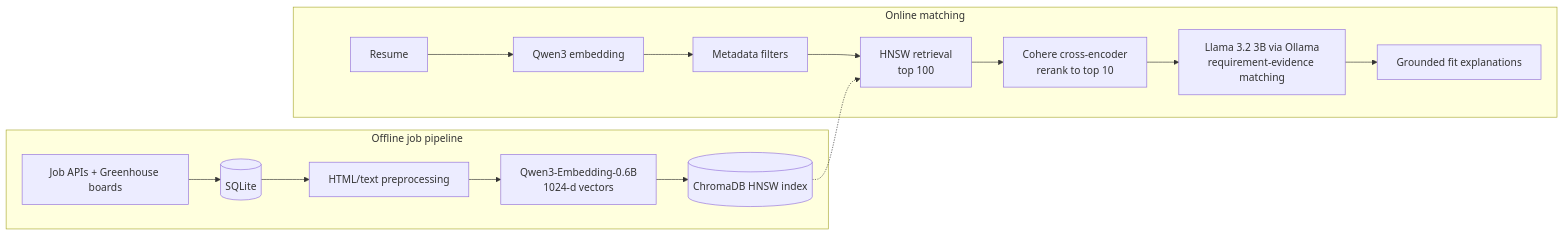
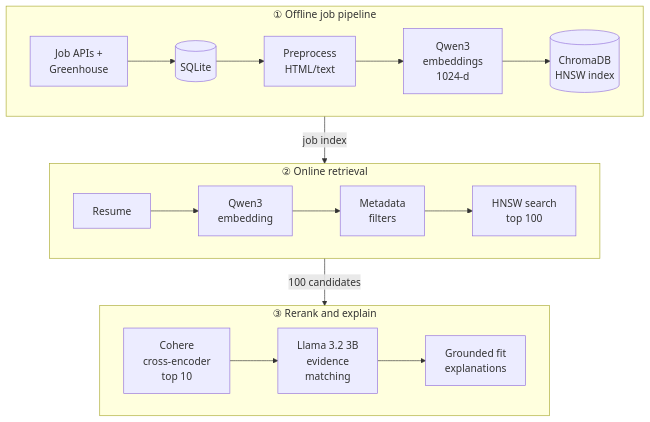
The diagram in README.md (eesha-charaya/Resume-Job-Matching-System), drawn with Mermaid before and after one commit.

Commit message:
README: stack architecture diagram vertically for readability
Claude-Session: https://claude.ai/code/session_01ShyaXvvJqfw7xVnWdgi9sP

````diff
--- a/README.md
+++ b/README.md
@@ -23,19 +23,26 @@
 ```mermaid
-flowchart LR
-    subgraph Offline["Offline job pipeline"]
-        A[Job APIs + Greenhouse boards] --> B[(SQLite)]
-        B --> C[HTML/text preprocessing]
-        C --> D[Qwen3-Embedding-0.6B<br/>1024-d vectors]
-        D --> E[(ChromaDB HNSW index)]
+flowchart TB
+    subgraph Offline["① Offline job pipeline"]
+        direction LR
+        A[Job APIs +<br/>Greenhouse] --> B[(SQLite)]
+        B --> C[Preprocess<br/>HTML/text]
+        C --> D[Qwen3<br/>embeddings<br/>1024-d]
+        D --> E[(ChromaDB<br/>HNSW index)]
     end
 
-    subgraph Online["Online matching"]
-        R[Resume] --> Q[Qwen3 embedding]
-        Q --> F[Metadata filters]
-        F --> G[HNSW retrieval<br/>top 100]
-        E -.-> G
-        G --> H[Cohere cross-encoder<br/>rerank to top 10]
-        H --> L[Llama 3.2 3B via Ollama<br/>requirement-evidence matching]
-        L --> X[Grounded fit explanations]
+    subgraph Retrieve["② Online retrieval"]
+        direction LR
+        R[Resume] --> Q[Qwen3<br/>embedding]
+        Q --> F[Metadata<br/>filters]
+        F --> G[HNSW search<br/>top 100]
     end
+
+    subgraph Rank["③ Rerank and explain"]
+        direction LR
+        H[Cohere<br/>cross-encoder<br/>top 10] --> L[Llama 3.2 3B<br/>evidence<br/>matching]
+        L --> X[Grounded fit<br/>explanations]
+    end
+
+    Offline -->|job index| Retrieve
+    Retrieve -->|100 candidates| Rank
 ```
````
